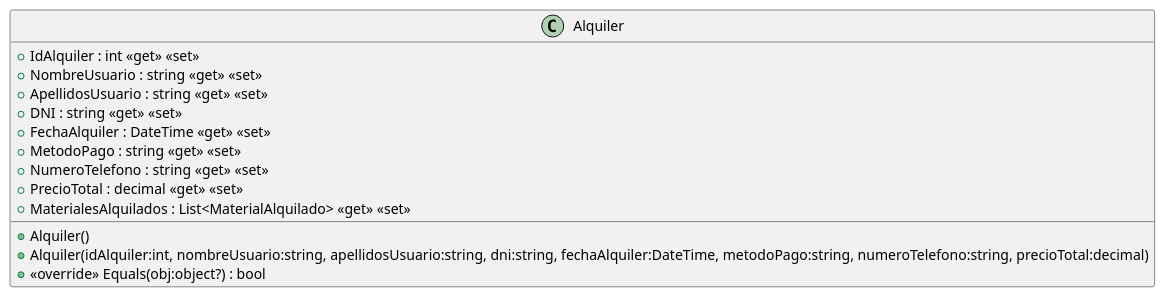
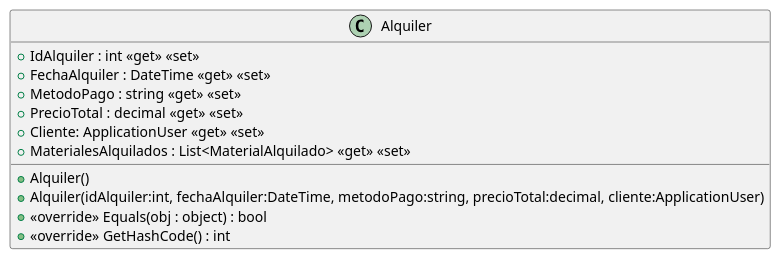
The diagram in src/AppForSEII.API/ClassDiagram/src/AppForSEII.API/Models/Alquiler.puml (ISII2627CDGJ/ISII2627CDG), drawn with PlantUML before and after one commit. The commit also changed 7 other files, not shown here.

Commit message:
Modificado el CU-2 (Alquiler) para que el modelo cumpla los requisitos de ApplicationUser, y modificar lo que conlleva

```diff
--- a/src/AppForSEII.API/ClassDiagram/src/AppForSEII.API/Models/Alquiler.puml
+++ b/src/AppForSEII.API/ClassDiagram/src/AppForSEII.API/Models/Alquiler.puml
@@ -1,16 +1,14 @@
 @startuml
 class Alquiler {
     + IdAlquiler : int <<get>> <<set>>
-    + NombreUsuario : string <<get>> <<set>>
-    + ApellidosUsuario : string <<get>> <<set>>
-    + DNI : string <<get>> <<set>>
     + FechaAlquiler : DateTime <<get>> <<set>>
     + MetodoPago : string <<get>> <<set>>
-    + NumeroTelefono : string <<get>> <<set>>
     + PrecioTotal : decimal <<get>> <<set>>
+    + Cliente: ApplicationUser <<get>> <<set>>
     + MaterialesAlquilados : List<MaterialAlquilado> <<get>> <<set>>
     + Alquiler()
-    + Alquiler(idAlquiler:int, nombreUsuario:string, apellidosUsuario:string, dni:string, fechaAlquiler:DateTime, metodoPago:string, numeroTelefono:string, precioTotal:decimal)
-    + <<override>> Equals(obj:object?) : bool
+    + Alquiler(idAlquiler:int, fechaAlquiler:DateTime, metodoPago:string, precioTotal:decimal, cliente:ApplicationUser)
+    + <<override>> Equals(obj : object) : bool
+    + <<override>> GetHashCode() : int
 }
 @enduml
```
